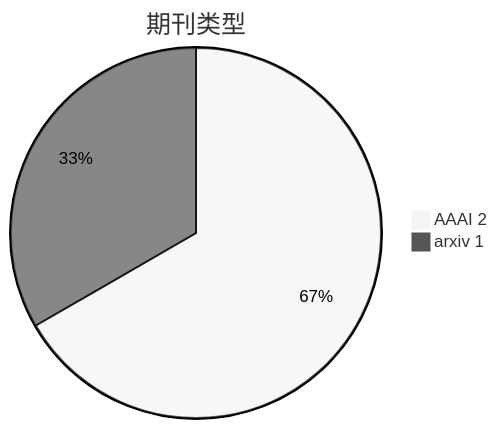
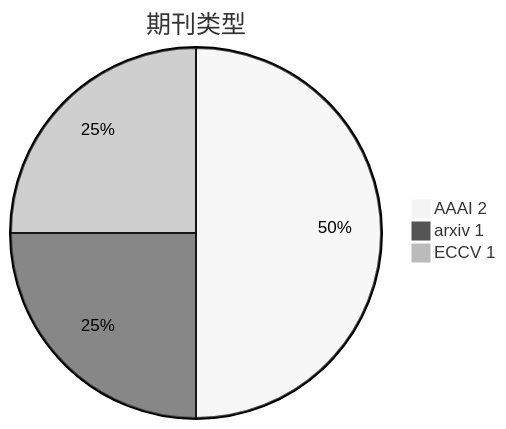
Before and after one commit to Elephant-King9/Paper: the second of 5 diagrams in Attack/Jailbreak/VLVM/analyse.md, drawn with Mermaid (neutral theme). The commit also changed other lines of this file and 5 other files, not shown here.

````diff
--- a/Attack/Jailbreak/VLVM/analyse.md
+++ b/Attack/Jailbreak/VLVM/analyse.md
@@ -23,5 +24,6 @@
 ```mermaid
 pie title 期刊类型
     "AAAI 2" : 2
     "arxiv 1" : 1
+    "ECCV 1" : 1
 ```
````
